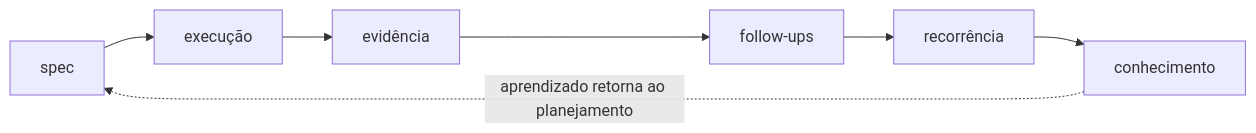
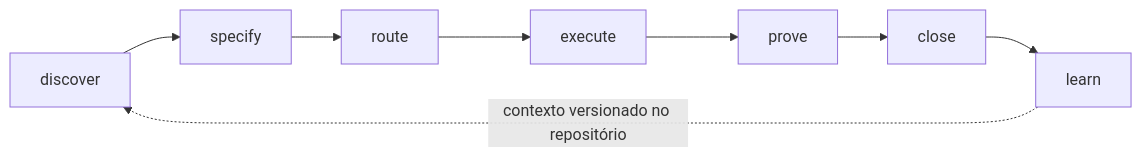
The diagram in README.pt-BR.md (oseiaspereira88/pose), drawn with Mermaid before and after one commit. The commit also changed other lines of this file and 17 other files, not shown here.

````diff
--- a/README.pt-BR.md
+++ b/README.pt-BR.md
@@ -28,5 +30,5 @@
 ```mermaid
 flowchart LR
-  S[spec] --> E[execução] --> V[evidência] --> F[follow-ups] --> R[recorrência] --> K[conhecimento]
-  K -. aprendizado retorna ao planejamento .-> S
+  D[discover] --> S[specify] --> R[route] --> E[execute] --> P[prove] --> C[close] --> L[learn]
+  L -. contexto versionado no repositório .-> D
 ```
````
